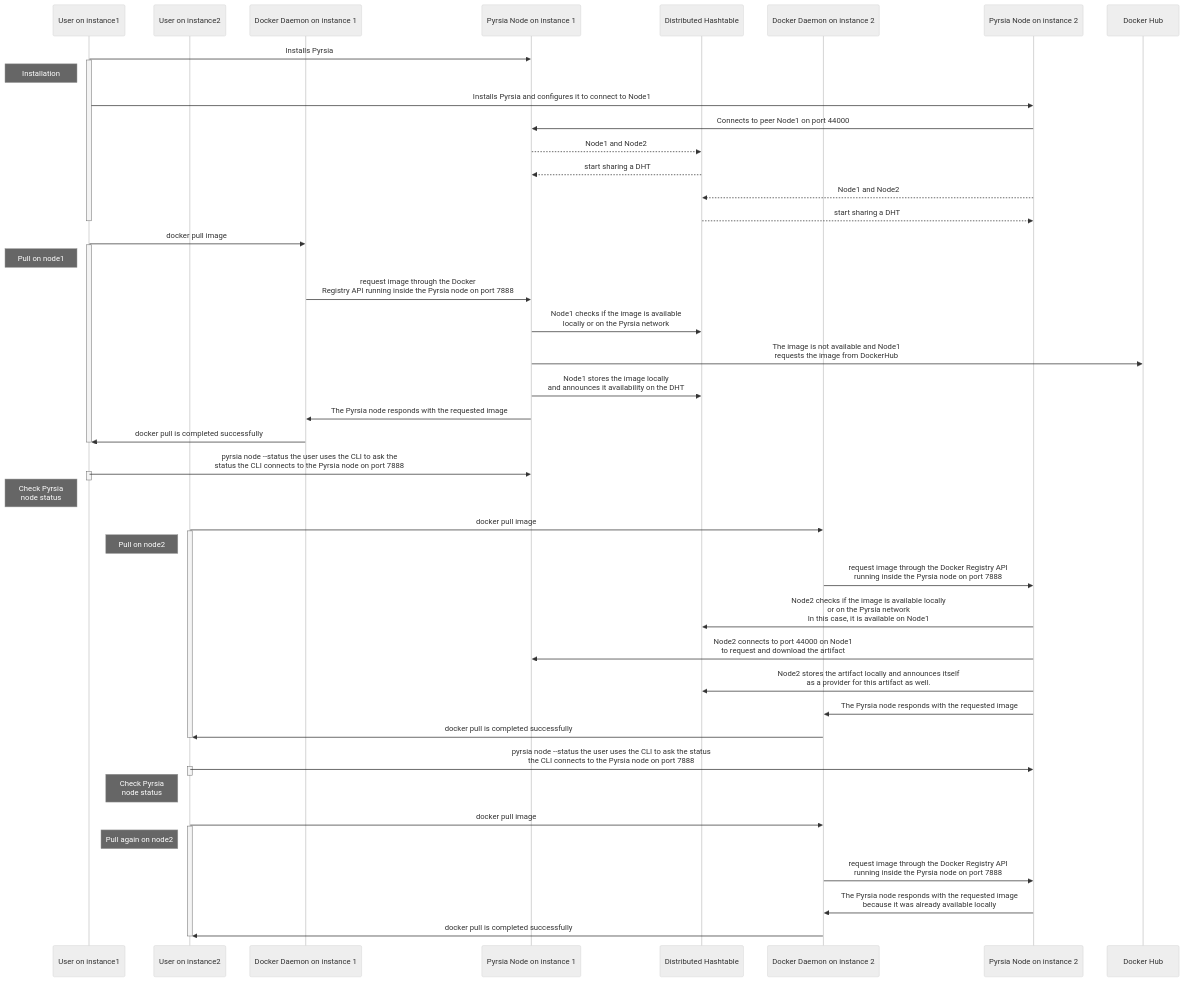
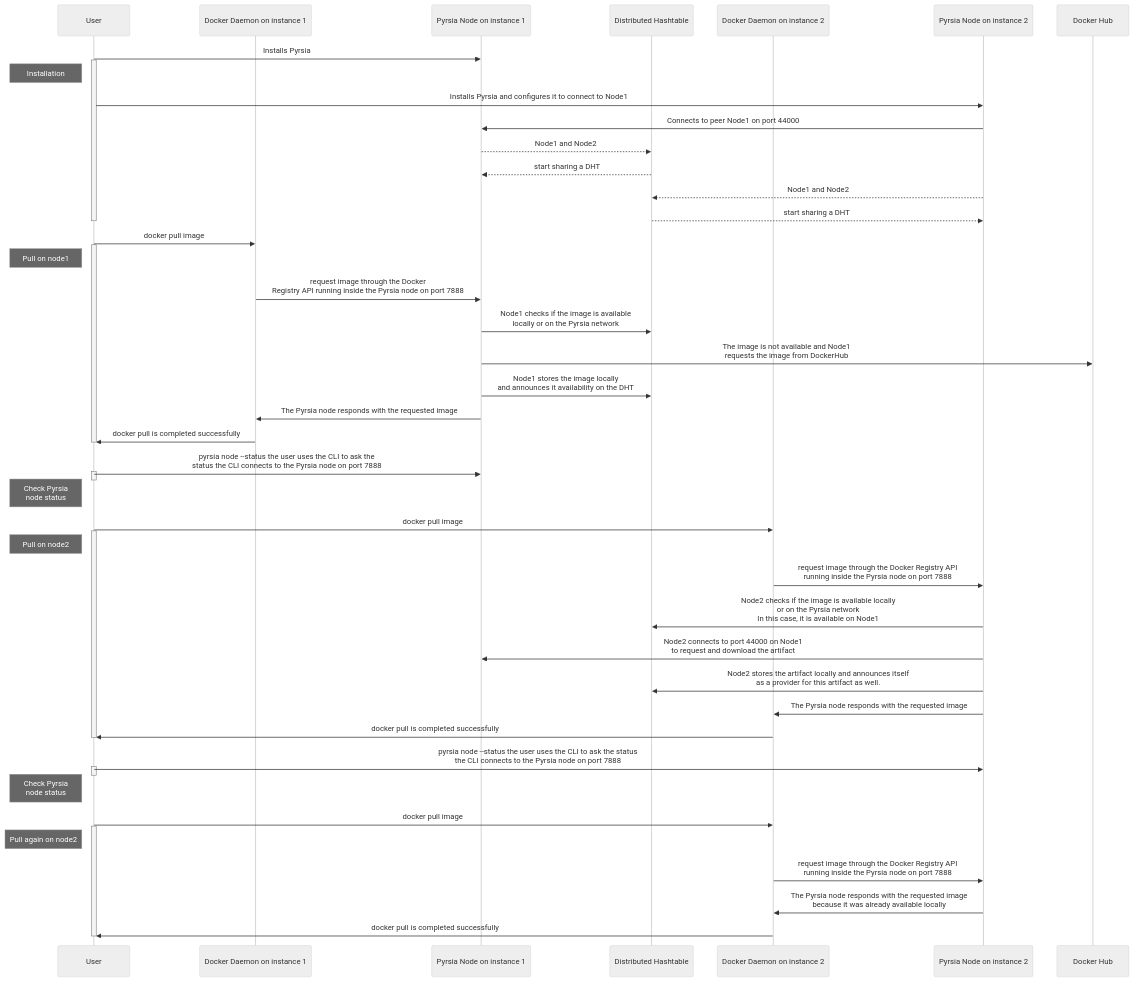
The second of 2 diagrams in docs/tutorials/demo.md (pyrsia/pyrsia), drawn with Mermaid (neutral theme) before and after one commit. The commit also changed other lines of this file, not shown here.

````diff
--- a/docs/tutorials/demo.md
+++ b/docs/tutorials/demo.md
@@ -55,68 +54,67 @@
 ```mermaid
 sequenceDiagram
-participant User as User on instance1
-participant User2 as User on instance2
+participant User as User
 participant Docker1 as Docker Daemon on instance 1
 participant Node1 as Pyrsia Node on instance 1
 participant DHT as Distributed Hashtable
 participant Docker2 as Docker Daemon on instance 2
 participant Node2 as Pyrsia Node on instance 2
 participant DockerHub as Docker Hub
 
 User ->> Node1: Installs Pyrsia
 activate User
 note left of User: Installation
 User ->> Node2: Installs Pyrsia and configures it to connect to Node1
 
 Node2 ->> Node1: Connects to peer Node1 on port 44000
 
 Node1 -->> DHT: Node1 and Node2
 DHT -->> Node1: start sharing a DHT
 Node2 -->> DHT: Node1 and Node2
 DHT -->> Node2: start sharing a DHT
 deactivate User
 
 
 User ->> Docker1: docker pull image
 activate User
 note left of User: Pull on node1
 Docker1 ->> Node1: request image through the Docker<br>Registry API running inside the Pyrsia node on port 7888
 Node1 ->> DHT: Node1 checks if the image is available<br>locally or on the Pyrsia network
 Node1 ->> DockerHub: The image is not available and Node1<br>requests the image from DockerHub
 Node1 ->> DHT: Node1 stores the image locally<br>and announces it availability on the DHT
 Node1 ->> Docker1: The Pyrsia node responds with the requested image
 Docker1 ->> User: docker pull is completed successfully
 deactivate User
 
 User ->> Node1: pyrsia node --status the user uses the CLI to ask the<br>status the CLI connects to the Pyrsia node on port 7888
 activate User
 deactivate User
 note left of User: Check Pyrsia<br>node status
 
-User2 ->> Docker2: docker pull image
-activate User2
-note left of User2: Pull on node2
+User ->> Docker2: docker pull image
+activate User
+note left of User: Pull on node2
 Docker2 ->> Node2: request image through the Docker Registry API<br>running inside the Pyrsia node on port 7888
 
 Node2 ->> DHT: Node2 checks if the image is available locally<br>or on the Pyrsia network<br>In this case, it is available on Node1
 
 Node2 ->> Node1: Node2 connects to port 44000 on Node1<br>to request and download the artifact
 Node2 ->> DHT: Node2 stores the artifact locally and announces itself<br>as a provider for this artifact as well.
 Node2 ->> Docker2: The Pyrsia node responds with the requested image
-Docker2 ->> User2: docker pull is completed successfully
-deactivate User2
+Docker2 ->> User: docker pull is completed successfully
+deactivate User
 
-User2 ->> Node2: pyrsia node --status the user uses the CLI to ask the status<br>the CLI connects to the Pyrsia node on port 7888
-activate User2
-deactivate User2
-note left of User2: Check Pyrsia<br>node status
+User ->> Node2: pyrsia node --status the user uses the CLI to ask the status<br>the CLI connects to the Pyrsia node on port 7888
+activate User
+deactivate User
+note left of User: Check Pyrsia<br>node status
 
 
-User2 ->> Docker2: docker pull image
-activate User2
-note left of User2: Pull again on node2
+User ->> Docker2: docker pull image
+activate User
+note left of User: Pull again on node2
 Docker2 ->> Node2: request image through the Docker Registry API<br>running inside the Pyrsia node on port 7888
 Node2 ->> Docker2: The Pyrsia node responds with the requested image<br>because it was already available locally
-Docker2 ->> User2: docker pull is completed successfully
-deactivate User2
+Docker2 ->> User: docker pull is completed successfully
+deactivate User
 ```
````
